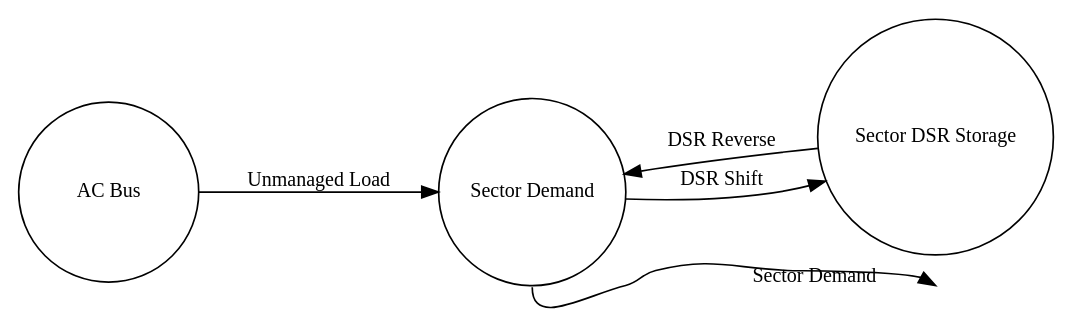
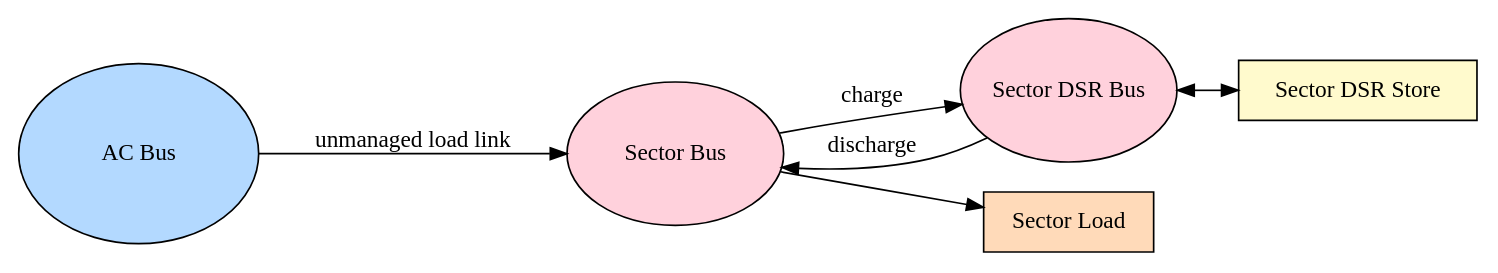
Before and after one commit to open-energy-transition/gb-dispatch-model: the diagram in doc/gb-model/demand_and_dsr.rst, drawn with Graphviz. The commit also changed other lines of this file and 1 other file, not shown here.

```diff
--- a/doc/gb-model/demand_and_dsr.rst
+++ b/doc/gb-model/demand_and_dsr.rst
@@ -63,20 +135,19 @@
 .. graphviz::
 
-  digraph DSR_Flow {
-      rankdir=LR;
+  digraph Flow {
+      rankdir=LR;   // Left to Right
 
-      node [shape=circle,width=1.5, height=1.5, fontsize=12];
+      node [shape=box, style=filled];
 
-      AC [label="AC Bus"]
-      Demand [label="Sector Demand"]
-      DSR [label="Sector DSR Storage"]
-      X [style=invis, width=0, height=0, label=""];
+      AC_bus [label="AC Bus", fillcolor="#B3D9FF", shape=ellipse, width=2, height=1.5, fixedsize=true];
+      Sector_bus [label="Sector Bus", fillcolor="#FFD1DC", shape=ellipse, width=1.8, height=1.2, fixedsize=true];
+      Sector_DSR_bus [label="Sector DSR Bus", fillcolor="#FFD1DC", shape=ellipse, width=1.8, height=1.2, fixedsize=true];
+      heat_load [label="Sector Load", fillcolor="#FFDAB9"];
+      sector_dsr_store [label="Sector DSR Store", fillcolor="#FFFACD"];
 
-      AC -> Demand [label="Unmanaged Load", fontsize=12];
-      Demand -> DSR [label="DSR Shift", fontsize=12];
-      DSR -> Demand [label="DSR Reverse", fontsize=12];
-
-      // downward arrow from Demand
-      Demand -> X [style=invis];
-      Demand:s -> X:n [constraint=false, xlabel="Sector Demand", fontsize=12];
+      AC_bus -> Sector_bus [label="unmanaged load link"];
+      Sector_bus -> heat_load;
+      Sector_bus -> Sector_DSR_bus [label="charge"];
+      Sector_DSR_bus -> Sector_bus [label="discharge"];
+      Sector_DSR_bus -> sector_dsr_store [dir=both];
   }
```
